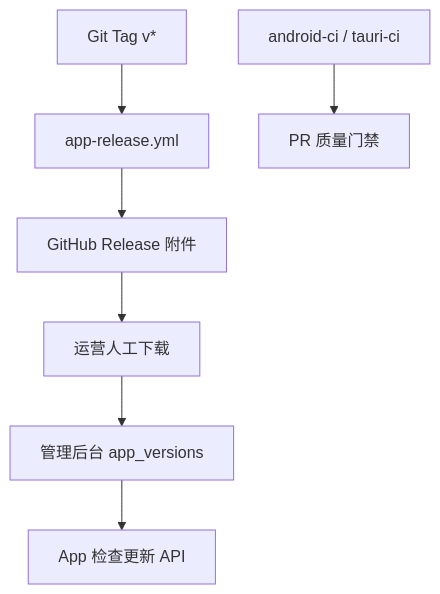
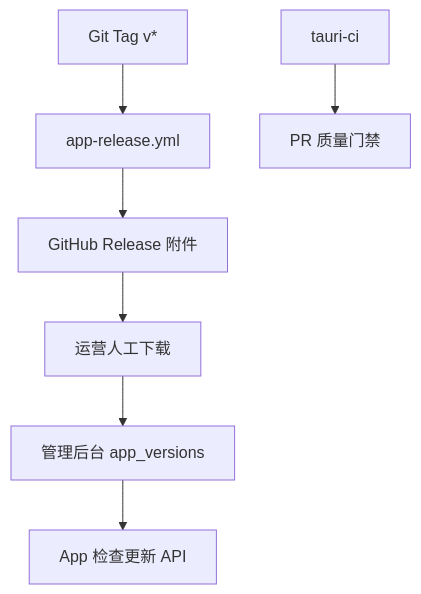
One commit to HaoBanLu/vpn-client changed the diagram in docs/product/客户端CI自动发包产品需求.md. Above: the diagram before and after it, drawn with Mermaid. The commit also changed other lines of this file and 71 other files, not shown here.

First line of the commit message:
统一客户端版本线 1.2，Android 改由 apps/tauri 发包，包名改为 com.vpn.kuayun。

````diff
--- a/docs/product/客户端CI自动发包产品需求.md
+++ b/docs/product/客户端CI自动发包产品需求.md
@@ -151,9 +153,9 @@
 ```mermaid
 flowchart TB
   tag[Git Tag v*] --> gha[app-release.yml]
   gha --> ghRel[GitHub Release 附件]
   ghRel --> manual[运营人工下载]
   manual --> admin[管理后台 app_versions]
   admin --> client[App 检查更新 API]
-  prCi[android-ci / tauri-ci] --> quality[PR 质量门禁]
+  prCi[tauri-ci] --> quality[PR 质量门禁]
 ```
````
